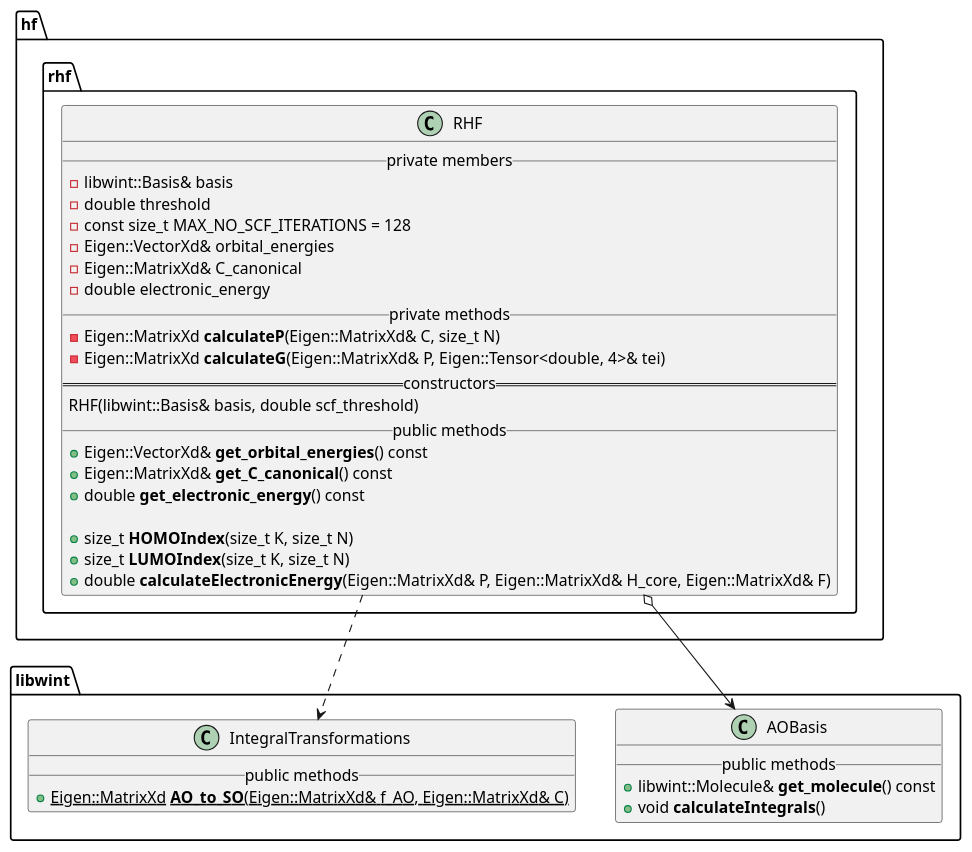
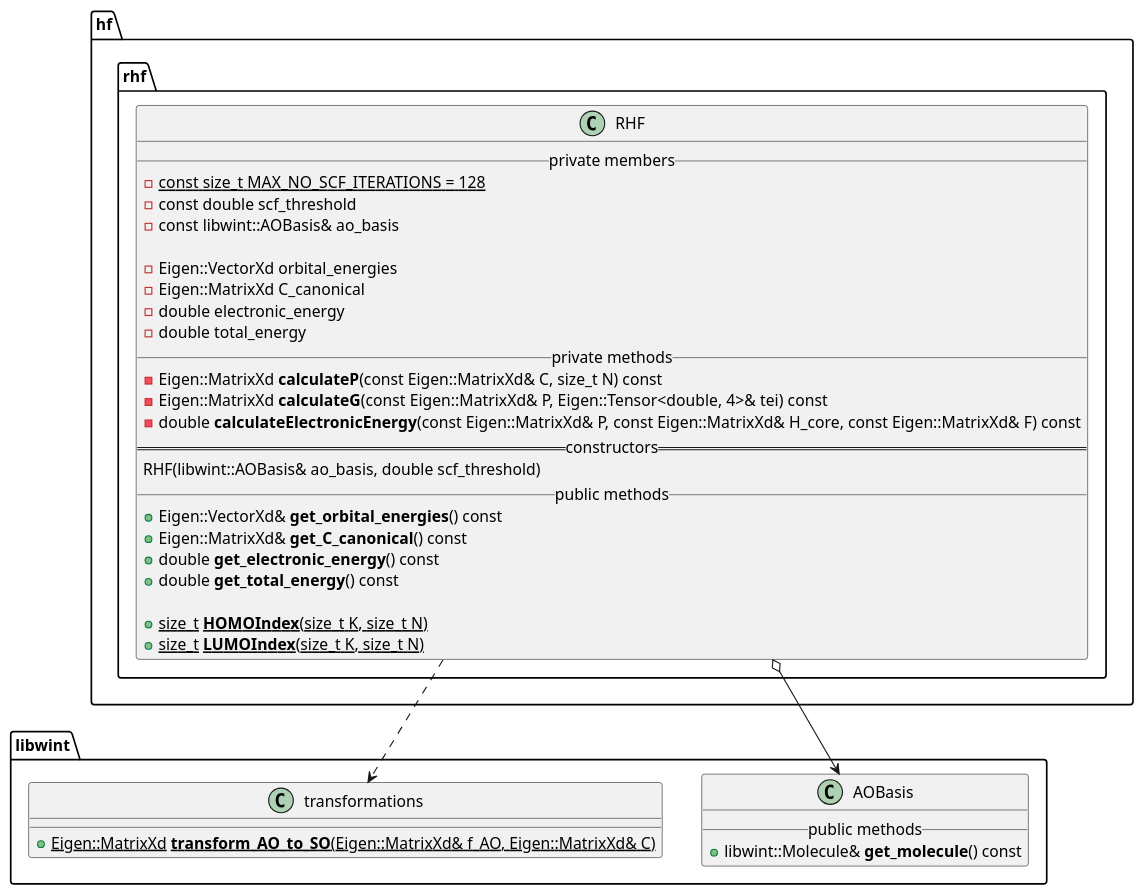
One commit to tmhuysen/hf changed the diagram in docs/hf.puml. Above: the diagram before and after it, drawn with PlantUML. The commit also changed 1 other file, not shown here.

Commit message:
Update UML diagram.

```diff
--- a/docs/hf.puml
+++ b/docs/hf.puml
@@ -1,55 +1,56 @@
 @startuml
 
 
 namespace libwint {
 
     class AOBasis {
         __ public methods __
             + libwint::Molecule& **get_molecule**() const
-            + void **calculateIntegrals**()
     }
 
 
-    class IntegralTransformations {
-        __ public methods __
-            + {static} Eigen::MatrixXd **AO_to_SO**(Eigen::MatrixXd& f_AO, Eigen::MatrixXd& C)
+    class transformations {
+        + {static} Eigen::MatrixXd **transform_AO_to_SO**(Eigen::MatrixXd& f_AO, Eigen::MatrixXd& C)
     }
 
 }
 
 
 namespace hf {
     namespace rhf {
 
         class RHF {
             __ private members __
-                - libwint::Basis& basis
-                - double threshold
-                - const size_t MAX_NO_SCF_ITERATIONS = 128
-                - Eigen::VectorXd& orbital_energies
-                - Eigen::MatrixXd& C_canonical
+                - const size_t {static} MAX_NO_SCF_ITERATIONS = 128
+                - const double scf_threshold
+                - const libwint::AOBasis& ao_basis
+
+                - Eigen::VectorXd orbital_energies
+                - Eigen::MatrixXd C_canonical
                 - double electronic_energy
+                - double total_energy
             __ private methods __
-                - Eigen::MatrixXd **calculateP**(Eigen::MatrixXd& C, size_t N)
-                - Eigen::MatrixXd **calculateG**(Eigen::MatrixXd& P, Eigen::Tensor<double, 4>& tei)
+                - Eigen::MatrixXd **calculateP**(const Eigen::MatrixXd& C, size_t N) const
+                - Eigen::MatrixXd **calculateG**(const Eigen::MatrixXd& P, Eigen::Tensor<double, 4>& tei) const
+                - double **calculateElectronicEnergy**(const Eigen::MatrixXd& P, const Eigen::MatrixXd& H_core, const Eigen::MatrixXd& F) const
             == constructors ==
-                RHF(libwint::Basis& basis, double scf_threshold)
+                RHF(libwint::AOBasis& ao_basis, double scf_threshold)
             __ public methods __
                 + Eigen::VectorXd& **get_orbital_energies**() const
                 + Eigen::MatrixXd& **get_C_canonical**() const
                 + double **get_electronic_energy**() const
+                + double **get_total_energy**() const
 
-                + size_t **HOMOIndex**(size_t K, size_t N)
-                + size_t **LUMOIndex**(size_t K, size_t N)
-                + double **calculateElectronicEnergy**(Eigen::MatrixXd& P, Eigen::MatrixXd& H_core, Eigen::MatrixXd& F)
+                + {static} size_t **HOMOIndex**(size_t K, size_t N)
+                + {static} size_t **LUMOIndex**(size_t K, size_t N)
         }
     }
 }
 
 
 
 hf.rhf.RHF o--> libwint.AOBasis
 
-hf.rhf.RHF ..> libwint.IntegralTransformations
+hf.rhf.RHF ..> libwint.transformations
 
 @enduml
```
